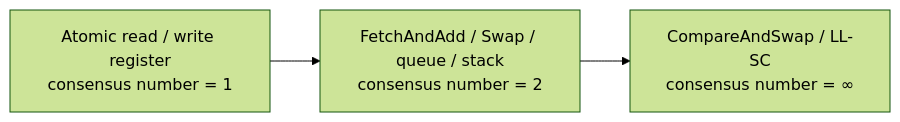
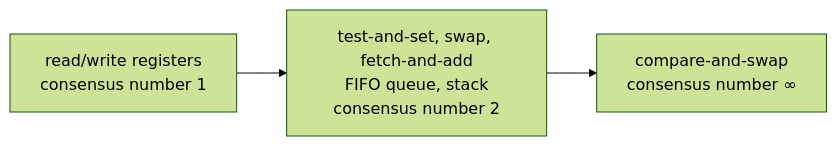
One commit to golang-design/under-the-hood changed the diagram in book/en-us/part3concurrency/ch11sync/atomic.md. Above: the diagram before and after it, drawn with Mermaid (forest theme). The commit also changed other lines of this file and 30 other files, not shown here.

````diff
--- a/book/en-us/part3concurrency/ch11sync/atomic.md
+++ b/book/en-us/part3concurrency/ch11sync/atomic.md
@@ -96,5 +161,5 @@
 ```mermaid
 flowchart LR
-    RW["Atomic read / write register<br/>consensus number = 1"] --> FAA["FetchAndAdd / Swap / queue / stack<br/>consensus number = 2"]
-    FAA --> CAS["CompareAndSwap / LL-SC<br/>consensus number = ∞"]
+    RW["read/write registers<br/>consensus number 1"] --> RMW["test-and-set, swap, fetch-and-add<br/>FIFO queue, stack<br/>consensus number 2"]
+    RMW --> CAS["compare-and-swap<br/>consensus number ∞"]
 ```
````
